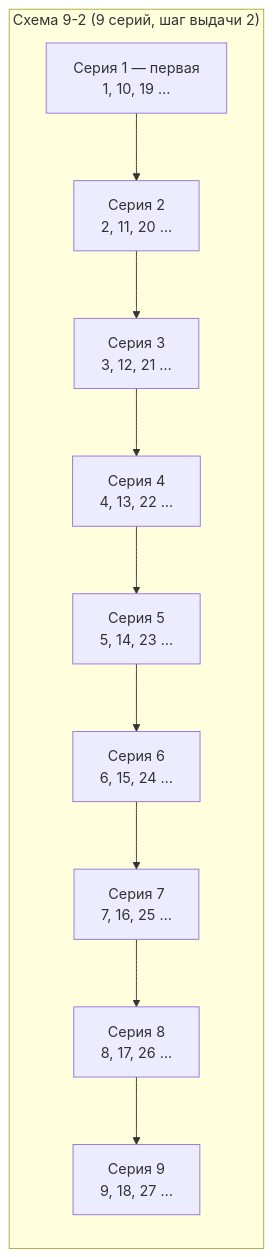
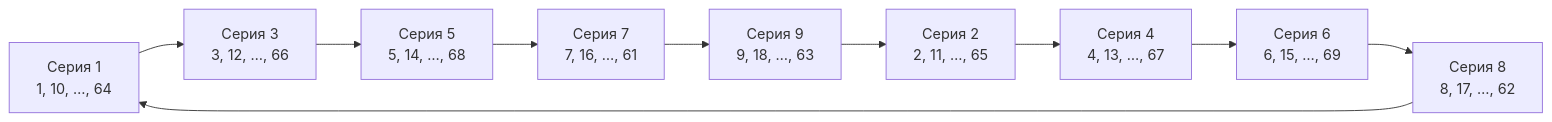
The first of 3 diagrams in docs/05-алгоритмы-планирования.md (qsss-q/Production-schedule-generation-and-control-system), drawn with Mermaid before and after one commit. The commit also changed other lines of this file and 6 other files, not shown here.

````diff
--- a/docs/05-алгоритмы-планирования.md
+++ b/docs/05-алгоритмы-планирования.md
@@ -95,16 +104,12 @@
 ```mermaid
 flowchart LR
-  subgraph "Схема 9-2 (9 серий, шаг выдачи 2)"
-    direction TB
-    S9["Серия 9<br/>9, 18, 27 …"] 
-    S8["Серия 8<br/>8, 17, 26 …"]
-    S7["Серия 7<br/>7, 16, 25 …"]
-    S6["Серия 6<br/>6, 15, 24 …"]
-    S5["Серия 5<br/>5, 14, 23 …"]
-    S4["Серия 4<br/>4, 13, 22 …"]
-    S3["Серия 3<br/>3, 12, 21 …"]
-    S2["Серия 2<br/>2, 11, 20 …"]
-    S1["Серия 1 — первая<br/>1, 10, 19 …"]
-  end
-  S1 --> S2 --> S3 --> S4 --> S5 --> S6 --> S7 --> S8 --> S9
+  S1["Серия 1<br/>1, 10, …, 64"] --> S3["Серия 3<br/>3, 12, …, 66"]
+  S3 --> S5["Серия 5<br/>5, 14, …, 68"]
+  S5 --> S7["Серия 7<br/>7, 16, …, 61"]
+  S7 --> S9["Серия 9<br/>9, 18, …, 63"]
+  S9 --> S2["Серия 2<br/>2, 11, …, 65"]
+  S2 --> S4["Серия 4<br/>4, 13, …, 67"]
+  S4 --> S6["Серия 6<br/>6, 15, …, 69"]
+  S6 --> S8["Серия 8<br/>8, 17, …, 62"]
+  S8 --> S1
 ```
````
